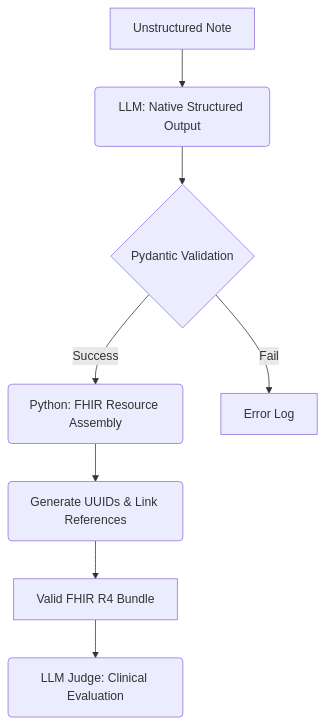
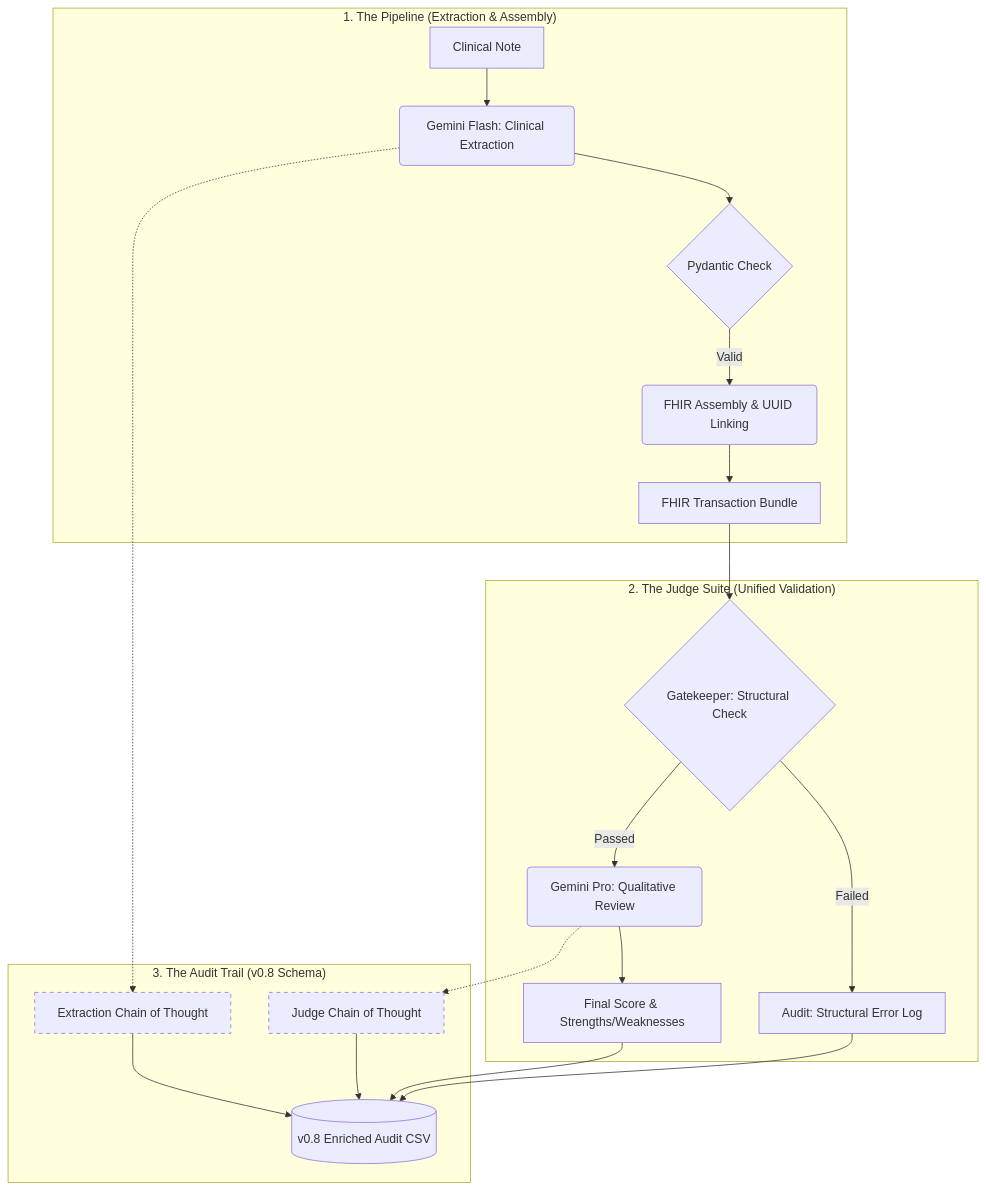
The diagram in readme.md (caazzi/AgenticHealthStandartsClassification), drawn with Mermaid before and after one commit. The commit also changed other lines of this file and 7 other files, not shown here.

````diff
--- a/readme.md
+++ b/readme.md
@@ -26,10 +28,27 @@
 ```mermaid
 graph TD
-    A[Unstructured Note] --> B(LLM: Native Structured Output)
-    B --> C{Pydantic Validation}
-    C -- Success --> D(Python: FHIR Resource Assembly)
-    C -- Fail --> E[Error Log]
-    D --> F(Generate UUIDs & Link References)
-    F --> G[Valid FHIR R4 Bundle]
-    G --> H(LLM Judge: Clinical Evaluation)
+    subgraph Extraction_Assembly ["1. The Pipeline (Extraction & Assembly)"]
+        A[Clinical Note] --> B(Gemini Flash: Clinical Extraction)
+        B --> C{Pydantic Check}
+        C -- Valid --> D(FHIR Assembly & UUID Linking)
+        D --> E[FHIR Transaction Bundle]
+    end
+
+    subgraph Evaluation_Judge ["2. The Judge Suite (Unified Validation)"]
+        E --> F{Gatekeeper: Structural Check}
+        F -- Passed --> G(Gemini Pro: Qualitative Review)
+        F -- Failed --> H[Audit: Structural Error Log]
+        G --> I[Final Score & Strengths/Weaknesses]
+    end
+
+    subgraph Deep_Audit ["3. The Audit Trail (v0.8 Schema)"]
+        B -.-> J[Extraction Chain of Thought]
+        G -.-> K[Judge Chain of Thought]
+        J & K --> L[(v0.8 Enriched Audit CSV)]
+        I --> L
+        H --> L
+    end
+
+    style J stroke-dasharray: 5 5
+    style K stroke-dasharray: 5 5
 ```
````
